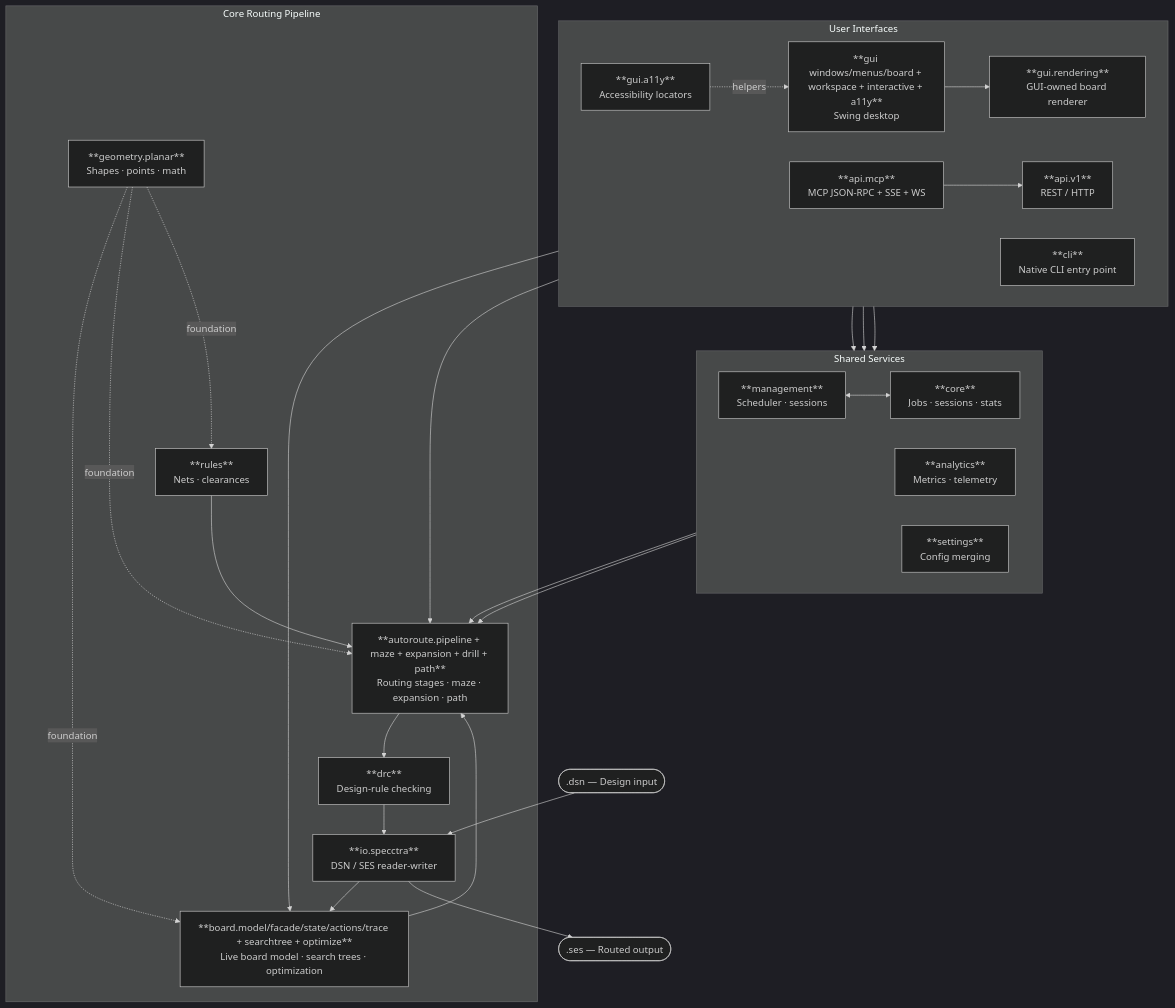
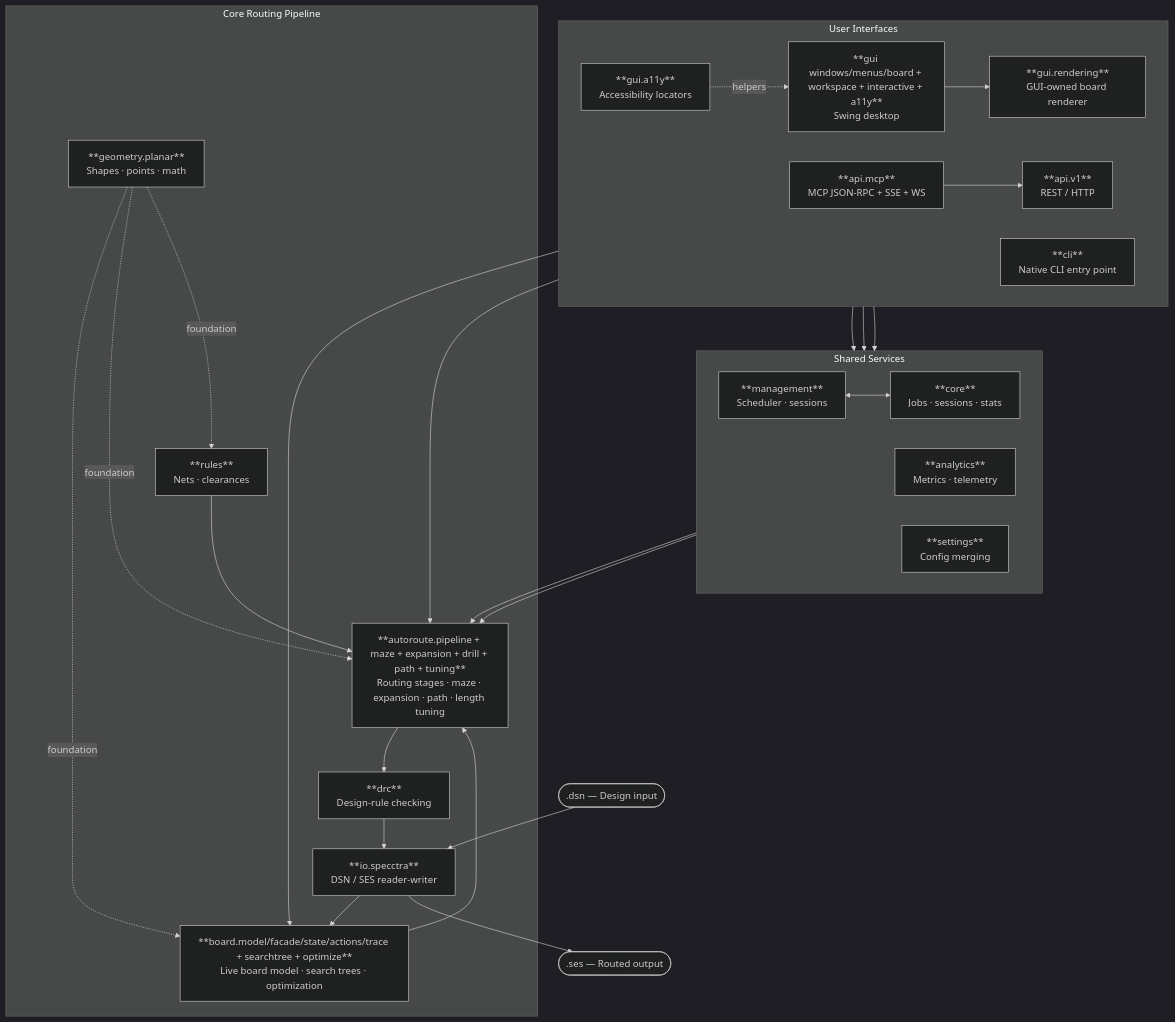
One commit to 26oppy/freerouting changed the diagram in docs/architecture.md. Above: the diagram before and after it, drawn with Mermaid (dark theme). The commit also changed other lines of this file and 1 other file, not shown here.

First line of the commit message:
docs: document post-route length tuning and skew equalization engine

````diff
--- a/docs/architecture.md
+++ b/docs/architecture.md
@@ -16,51 +16,51 @@
 ```mermaid
 flowchart TD
     DSN([".dsn — Design input"])
     SES([".ses — Routed output"])
 
     subgraph interfaces ["User Interfaces"]
         direction LR
         GUI["**gui windows/menus/board + workspace + interactive + a11y**\nSwing desktop"]
         RENDER["**gui.rendering**\nGUI-owned board renderer"]
         A11Y["**gui.a11y**\nAccessibility locators"]
         API["**api.v1**\nREST / HTTP"]
         MCP["**api.mcp**\nMCP JSON-RPC + SSE + WS"]
         CLI["**cli**\nNative CLI entry point"]
     end
 
     subgraph services ["Shared Services"]
         direction LR
         MGMT["**management**\nScheduler · sessions"]
         ANALYTICS["**analytics**\nMetrics · telemetry"]
         CORE["**core**\nJobs · sessions · stats"]
         CFG["**settings**\nConfig merging"]
     end
 
     subgraph pipeline ["Core Routing Pipeline"]
         IO["**io.specctra**\nDSN / SES reader-writer"]
         BOARD["**board.model/facade/state/actions/trace + searchtree + optimize**\nLive board model · search trees · optimization"]
         RULES["**rules**\nNets · clearances"]
-        AR["**autoroute.pipeline + maze + expansion + drill + path**\nRouting stages · maze · expansion · path"]
+        AR["**autoroute.pipeline + maze + expansion + drill + path + tuning**\nRouting stages · maze · expansion · path · length tuning"]
         DRC["**drc**\nDesign-rule checking"]
         GEO["**geometry.planar**\nShapes · points · math"]
     end
 
     DSN --> IO --> BOARD
     RULES --> AR
     BOARD --> AR
     AR --> DRC --> IO --> SES
     GEO -. foundation .-> BOARD
     GEO -. foundation .-> AR
     GEO -. foundation .-> RULES
 
     GUI --> MGMT
     GUI --> RENDER --> BOARD
     RENDER --> AR
     A11Y -. helpers .-> GUI
     API --> MGMT
     MCP --> API
     CLI --> MGMT
     MGMT <--> CORE
     CFG --> AR
     CORE --> AR
 ```
````
